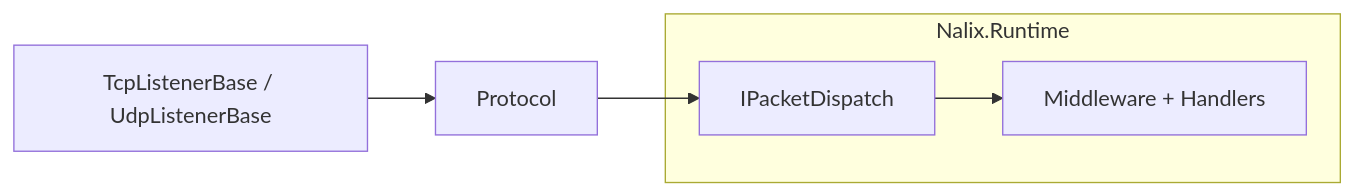
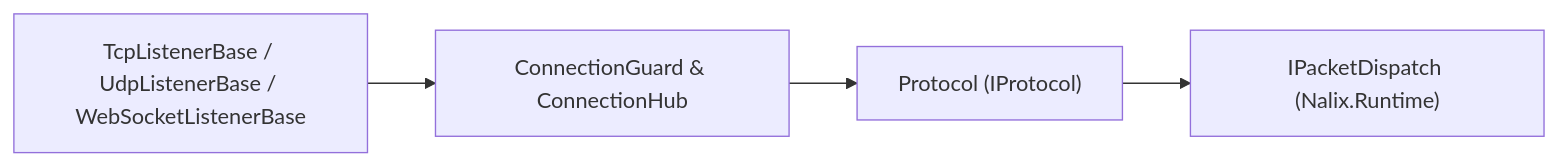
The diagram in src/content/docs/en-us/packages/nalix-network.md (ppn-systems/nalix-docs), drawn with Mermaid before and after one commit. The commit also changed other lines of this file and 180 other files, not shown here.

````diff
--- a/src/content/docs/en-us/packages/nalix-network.md
+++ b/src/content/docs/en-us/packages/nalix-network.md
@@ -16,8 +16,6 @@
 ```mermaid
 flowchart LR
-    A["TcpListenerBase / UdpListenerBase"] --> B["Protocol"]
-    B --> C["IPacketDispatch"]
-    subgraph Runtime ["Nalix.Runtime"]
-        C --> D["Middleware + Handlers"]
-    end
+    A["TcpListenerBase / UdpListenerBase / WebSocketListenerBase"] --> B["ConnectionGuard & ConnectionHub"]
+    B --> C["Protocol (IProtocol)"]
+    C --> D["IPacketDispatch (Nalix.Runtime)"]
 ```
````
